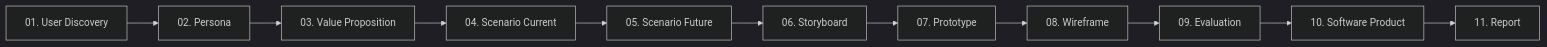
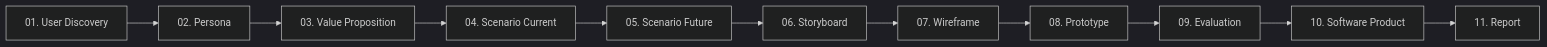
The diagram in AGENTS.md (tinnguyen0706/hci-petcare), drawn with Mermaid (dark theme) before and after one commit. The commit also changed other lines of this file and 8 other files, not shown here.

Commit message:
feat: initialize prototype and wireframe agents with supporting rules, skill documentation, and roadmap updates

````diff
--- a/AGENTS.md
+++ b/AGENTS.md
@@ -69,13 +69,13 @@
 ```mermaid
 graph LR
     W1["01. User Discovery"] --> W2["02. Persona"]
     W2 --> W3["03. Value Proposition"]
     W3 --> W4["04. Scenario Current"]
     W4 --> W5["05. Scenario Future"]
     W5 --> W6["06. Storyboard"]
-    W6 --> W7["07. Prototype"]
-    W7 --> W8["08. Wireframe"]
+    W6 --> W7["07. Wireframe"]
+    W7 --> W8["08. Prototype"]
     W8 --> W9["09. Evaluation"]
     W9 --> W10["10. Software Product"]
     W10 --> W11["11. Report"]
 ```
````
